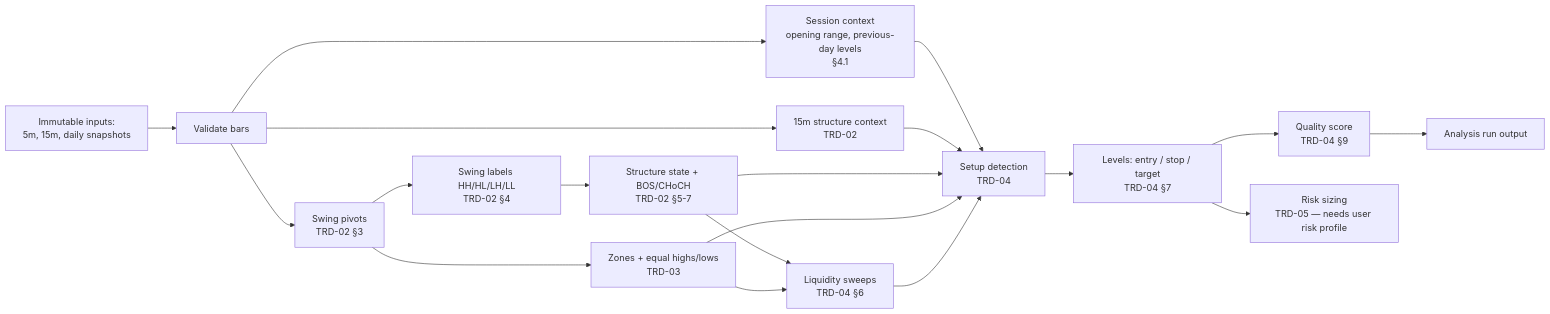
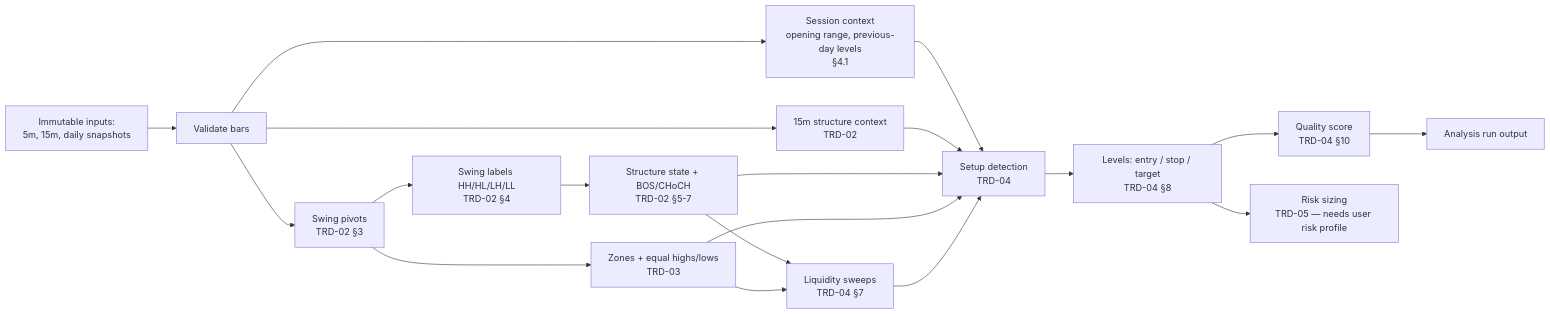
The diagram in docs/trading/01_TRADING_METHODOLOGY.md (anirbancodes69/price-action-ai), drawn with Mermaid before and after one commit. The commit also changed other lines of this file and 19 other files, not shown here.

First line of the commit message:
docs(docs): specify intraday setups and quality score in TRD-04 (T-I05)

````diff
--- a/docs/trading/01_TRADING_METHODOLOGY.md
+++ b/docs/trading/01_TRADING_METHODOLOGY.md
@@ -43,21 +43,21 @@
 ```mermaid
 flowchart LR
   A[Immutable inputs:<br/>5m, 15m, daily snapshots] --> B[Validate bars]
   B --> S[Session context<br/>opening range, previous-day levels<br/>§4.1]
   B --> X[15m structure context<br/>TRD-02]
   S --> H
   X --> H
   B --> C[Swing pivots<br/>TRD-02 §3]
   C --> D[Swing labels HH/HL/LH/LL<br/>TRD-02 §4]
   D --> E[Structure state + BOS/CHoCH<br/>TRD-02 §5-7]
   C --> F[Zones + equal highs/lows<br/>TRD-03]
-  E --> G[Liquidity sweeps<br/>TRD-04 §6]
+  E --> G[Liquidity sweeps<br/>TRD-04 §7]
   F --> G
   E --> H[Setup detection<br/>TRD-04]
   F --> H
   G --> H
-  H --> I[Levels: entry / stop / target<br/>TRD-04 §7]
-  I --> J[Quality score<br/>TRD-04 §9]
+  H --> I[Levels: entry / stop / target<br/>TRD-04 §8]
+  I --> J[Quality score<br/>TRD-04 §10]
   I --> K[Risk sizing<br/>TRD-05 — needs user risk profile]
   J --> L[Analysis run output]
 ```
````
